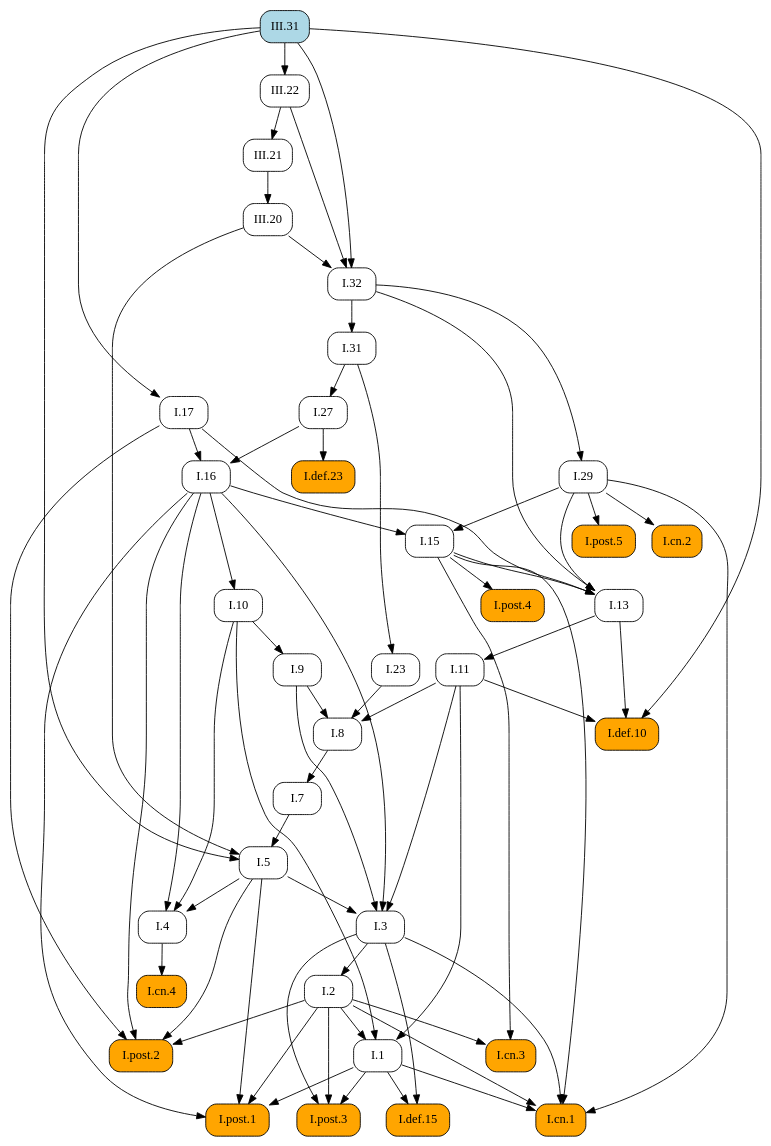
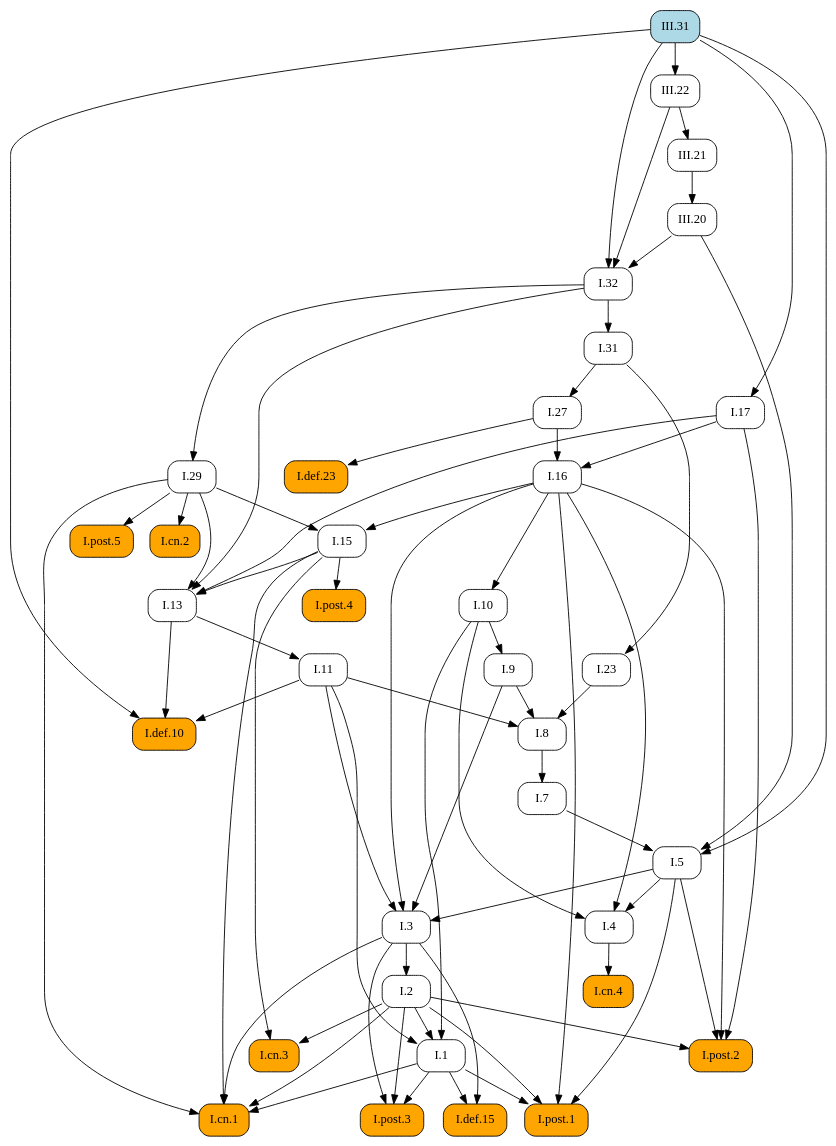
The diagram in docsrc/elements2/III/31/index.rst (geometor/elements), drawn with Graphviz before and after one commit. The commit also changed other lines of this file and 171 other files, not shown here.

```diff
--- a/docsrc/elements2/III/31/index.rst
+++ b/docsrc/elements2/III/31/index.rst
@@ -90,107 +90,107 @@
    digraph {
      rankdir="TB";
      node [shape=box, style=rounded];
+     "I.8" [URL="/elements2/I/8/", target="_top"];
+     "I.32" [URL="/elements2/I/32/", target="_top"];
+     "I.post.1" [style="rounded,filled", fillcolor=orange, URL="/elements2/I/post.1/", target="_top"];
+     "I.5" [URL="/elements2/I/5/", target="_top"];
+     "I.post.5" [style="rounded,filled", fillcolor=orange, URL="/elements2/I/post.5/", target="_top"];
      "I.def.10" [style="rounded,filled", fillcolor=orange, URL="/elements2/I/def.10/", target="_top"];
+     "I.cn.2" [style="rounded,filled", fillcolor=orange, URL="/elements2/I/cn.2/", target="_top"];
      "III.22" [URL="/elements2/III/22/", target="_top"];
-     "I.32" [URL="/elements2/I/32/", target="_top"];
+     "I.def.15" [style="rounded,filled", fillcolor=orange, URL="/elements2/I/def.15/", target="_top"];
      "III.31" [style="rounded,filled", fillcolor=lightblue, URL="/elements2/III/31/", target="_top"];
-     "I.def.15" [style="rounded,filled", fillcolor=orange, URL="/elements2/I/def.15/", target="_top"];
+     "I.31" [URL="/elements2/I/31/", target="_top"];
+     "I.11" [URL="/elements2/I/11/", target="_top"];
+     "I.post.2" [style="rounded,filled", fillcolor=orange, URL="/elements2/I/post.2/", target="_top"];
+     "I.3" [URL="/elements2/I/3/", target="_top"];
+     "I.def.23" [style="rounded,filled", fillcolor=orange, URL="/elements2/I/def.23/", target="_top"];
+     "I.1" [URL="/elements2/I/1/", target="_top"];
      "I.cn.4" [style="rounded,filled", fillcolor=orange, URL="/elements2/I/cn.4/", target="_top"];
+     "I.cn.3" [style="rounded,filled", fillcolor=orange, URL="/elements2/I/cn.3/", target="_top"];
+     "III.21" [URL="/elements2/III/21/", target="_top"];
+     "III.20" [URL="/elements2/III/20/", target="_top"];
+     "I.17" [URL="/elements2/I/17/", target="_top"];
+     "I.7" [URL="/elements2/I/7/", target="_top"];
+     "I.9" [URL="/elements2/I/9/", target="_top"];
+     "I.cn.1" [style="rounded,filled", fillcolor=orange, URL="/elements2/I/cn.1/", target="_top"];
+     "I.29" [URL="/elements2/I/29/", target="_top"];
+     "I.16" [URL="/elements2/I/16/", target="_top"];
+     "I.post.4" [style="rounded,filled", fillcolor=orange, URL="/elements2/I/post.4/", target="_top"];
+     "I.13" [URL="/elements2/I/13/", target="_top"];
+     "I.2" [URL="/elements2/I/2/", target="_top"];
+     "I.27" [URL="/elements2/I/27/", target="_top"];
+     "I.4" [URL="/elements2/I/4/", target="_top"];
+     "I.10" [URL="/elements2/I/10/", target="_top"];
+     "I.15" [URL="/elements2/I/15/", target="_top"];
+     "I.23" [URL="/elements2/I/23/", target="_top"];
      "I.post.3" [style="rounded,filled", fillcolor=orange, URL="/elements2/I/post.3/", target="_top"];
-     "I.27" [URL="/elements2/I/27/", target="_top"];
-     "I.post.2" [style="rounded,filled", fillcolor=orange, URL="/elements2/I/post.2/", target="_top"];
-     "I.13" [URL="/elements2/I/13/", target="_top"];
-     "I.10" [URL="/elements2/I/10/", target="_top"];
-     "I.post.1" [style="rounded,filled", fillcolor=orange, URL="/elements2/I/post.1/", target="_top"];
-     "I.7" [URL="/elements2/I/7/", target="_top"];
-     "I.11" [URL="/elements2/I/11/", target="_top"];
-     "I.4" [URL="/elements2/I/4/", target="_top"];
-     "I.16" [URL="/elements2/I/16/", target="_top"];
-     "I.def.23" [style="rounded,filled", fillcolor=orange, URL="/elements2/I/def.23/", target="_top"];
-     "I.9" [URL="/elements2/I/9/", target="_top"];
-     "I.2" [URL="/elements2/I/2/", target="_top"];
-     "I.cn.2" [style="rounded,filled", fillcolor=orange, URL="/elements2/I/cn.2/", target="_top"];
-     "I.15" [URL="/elements2/I/15/", target="_top"];
-     "I.post.5" [style="rounded,filled", fillcolor=orange, URL="/elements2/I/post.5/", target="_top"];
-     "III.21" [URL="/elements2/III/21/", target="_top"];
-     "I.23" [URL="/elements2/I/23/", target="_top"];
-     "III.20" [URL="/elements2/III/20/", target="_top"];
-     "I.8" [URL="/elements2/I/8/", target="_top"];
-     "I.1" [URL="/elements2/I/1/", target="_top"];
-     "I.31" [URL="/elements2/I/31/", target="_top"];
-     "I.post.4" [style="rounded,filled", fillcolor=orange, URL="/elements2/I/post.4/", target="_top"];
-     "I.cn.1" [style="rounded,filled", fillcolor=orange, URL="/elements2/I/cn.1/", target="_top"];
-     "I.3" [URL="/elements2/I/3/", target="_top"];
-     "I.cn.3" [style="rounded,filled", fillcolor=orange, URL="/elements2/I/cn.3/", target="_top"];
-     "I.17" [URL="/elements2/I/17/", target="_top"];
-     "I.29" [URL="/elements2/I/29/", target="_top"];
-     "I.5" [URL="/elements2/I/5/", target="_top"];
+     "I.9" -> "I.8";
+     "I.11" -> "I.8";
+     "I.23" -> "I.8";
+     "III.20" -> "I.32";
+     "III.22" -> "I.32";
+     "III.31" -> "I.32";
+     "I.1" -> "I.post.1";
+     "I.2" -> "I.post.1";
+     "I.5" -> "I.post.1";
+     "I.16" -> "I.post.1";
+     "I.7" -> "I.5";
+     "III.20" -> "I.5";
+     "III.31" -> "I.5";
+     "I.29" -> "I.post.5";
      "I.11" -> "I.def.10";
      "I.13" -> "I.def.10";
      "III.31" -> "I.def.10";
+     "I.29" -> "I.cn.2";
      "III.31" -> "III.22";
-     "III.20" -> "I.32";
-     "III.22" -> "I.32";
-     "III.31" -> "I.32";
      "I.1" -> "I.def.15";
      "I.3" -> "I.def.15";
-     "I.4" -> "I.cn.4";
-     "I.1" -> "I.post.3";
-     "I.2" -> "I.post.3";
-     "I.3" -> "I.post.3";
-     "I.31" -> "I.27";
+     "I.32" -> "I.31";
+     "I.13" -> "I.11";
      "I.2" -> "I.post.2";
      "I.5" -> "I.post.2";
      "I.16" -> "I.post.2";
      "I.17" -> "I.post.2";
-     "I.15" -> "I.13";
-     "I.17" -> "I.13";
-     "I.29" -> "I.13";
-     "I.32" -> "I.13";
-     "I.16" -> "I.10";
-     "I.1" -> "I.post.1";
-     "I.2" -> "I.post.1";
-     "I.5" -> "I.post.1";
-     "I.16" -> "I.post.1";
-     "I.8" -> "I.7";
-     "I.13" -> "I.11";
-     "I.5" -> "I.4";
-     "I.10" -> "I.4";
-     "I.16" -> "I.4";
-     "I.17" -> "I.16";
-     "I.27" -> "I.16";
+     "I.5" -> "I.3";
+     "I.9" -> "I.3";
+     "I.11" -> "I.3";
+     "I.16" -> "I.3";
      "I.27" -> "I.def.23";
-     "I.10" -> "I.9";
-     "I.3" -> "I.2";
-     "I.29" -> "I.cn.2";
-     "I.16" -> "I.15";
-     "I.29" -> "I.15";
-     "I.29" -> "I.post.5";
-     "III.22" -> "III.21";
-     "I.31" -> "I.23";
-     "III.21" -> "III.20";
-     "I.9" -> "I.8";
-     "I.11" -> "I.8";
-     "I.23" -> "I.8";
      "I.2" -> "I.1";
      "I.10" -> "I.1";
      "I.11" -> "I.1";
-     "I.32" -> "I.31";
-     "I.15" -> "I.post.4";
+     "I.4" -> "I.cn.4";
+     "I.2" -> "I.cn.3";
+     "I.15" -> "I.cn.3";
+     "III.22" -> "III.21";
+     "III.21" -> "III.20";
+     "III.31" -> "I.17";
+     "I.8" -> "I.7";
+     "I.10" -> "I.9";
      "I.1" -> "I.cn.1";
      "I.2" -> "I.cn.1";
      "I.3" -> "I.cn.1";
      "I.15" -> "I.cn.1";
      "I.29" -> "I.cn.1";
-     "I.5" -> "I.3";
-     "I.9" -> "I.3";
-     "I.11" -> "I.3";
-     "I.16" -> "I.3";
-     "I.2" -> "I.cn.3";
-     "I.15" -> "I.cn.3";
-     "III.31" -> "I.17";
      "I.32" -> "I.29";
-     "I.7" -> "I.5";
-     "III.20" -> "I.5";
-     "III.31" -> "I.5";
+     "I.17" -> "I.16";
+     "I.27" -> "I.16";
+     "I.15" -> "I.post.4";
+     "I.15" -> "I.13";
+     "I.17" -> "I.13";
+     "I.29" -> "I.13";
+     "I.32" -> "I.13";
+     "I.3" -> "I.2";
+     "I.31" -> "I.27";
+     "I.5" -> "I.4";
+     "I.10" -> "I.4";
+     "I.16" -> "I.4";
+     "I.16" -> "I.10";
+     "I.16" -> "I.15";
+     "I.29" -> "I.15";
+     "I.31" -> "I.23";
+     "I.1" -> "I.post.3";
+     "I.2" -> "I.post.3";
+     "I.3" -> "I.post.3";
    }
```
